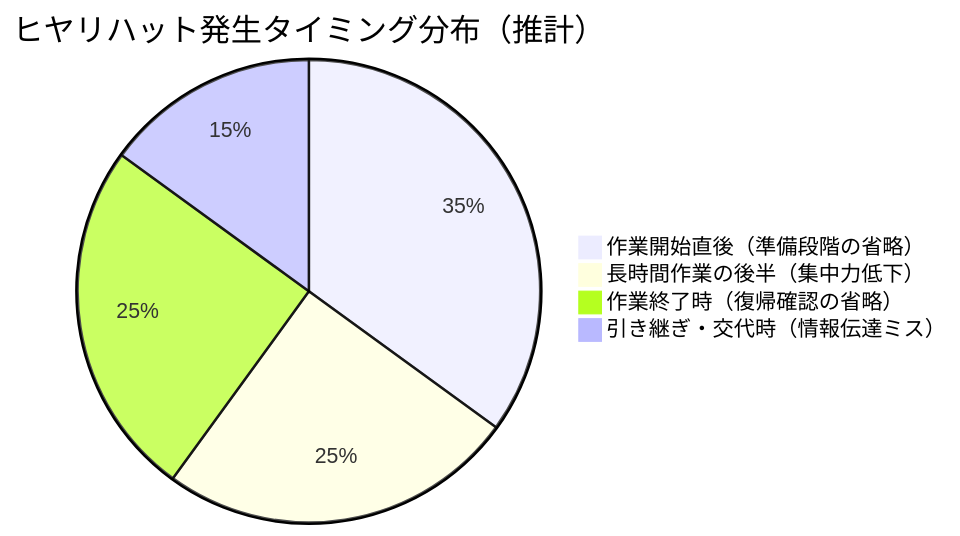
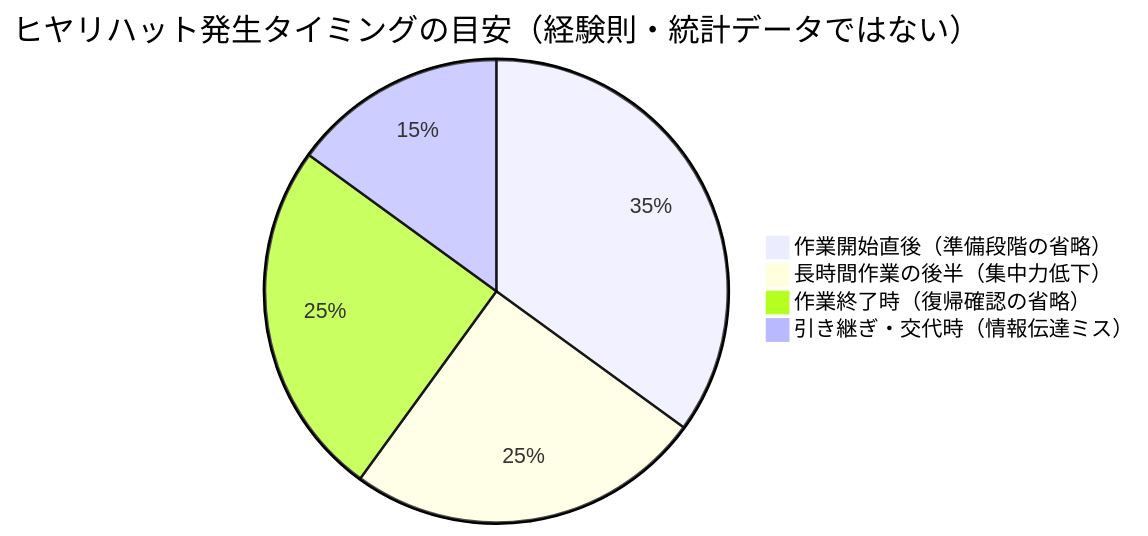
One commit to kfurufuru/ei-wiki changed the diagram in docs/10-safety/near-miss.md. Above: the diagram before and after it, drawn with Mermaid. The commit also changed other lines of this file and 62 other files, not shown here.

````diff
--- a/docs/10-safety/near-miss.md
+++ b/docs/10-safety/near-miss.md
@@ -109,7 +112,7 @@
 ```mermaid
-pie title ヒヤリハット発生タイミング分布（推計）
+pie title ヒヤリハット発生タイミングの目安（経験則・統計データではない）
     "作業開始直後（準備段階の省略）" : 35
     "長時間作業の後半（集中力低下）" : 25
     "作業終了時（復帰確認の省略）" : 25
     "引き継ぎ・交代時（情報伝達ミス）" : 15
 ```
````
